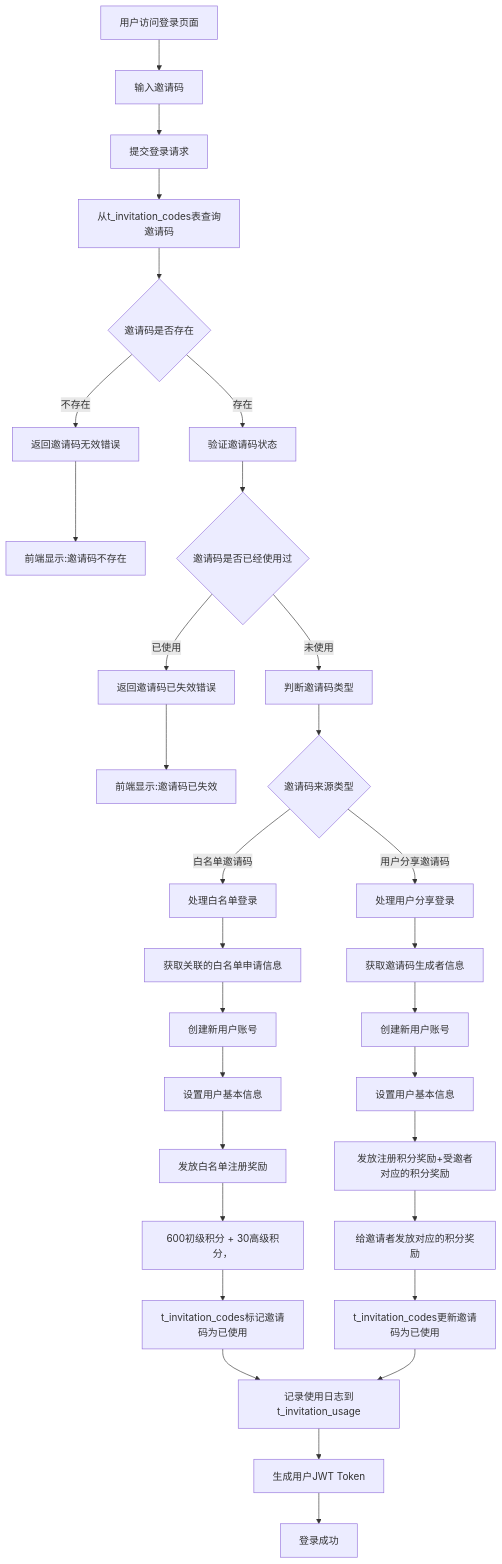
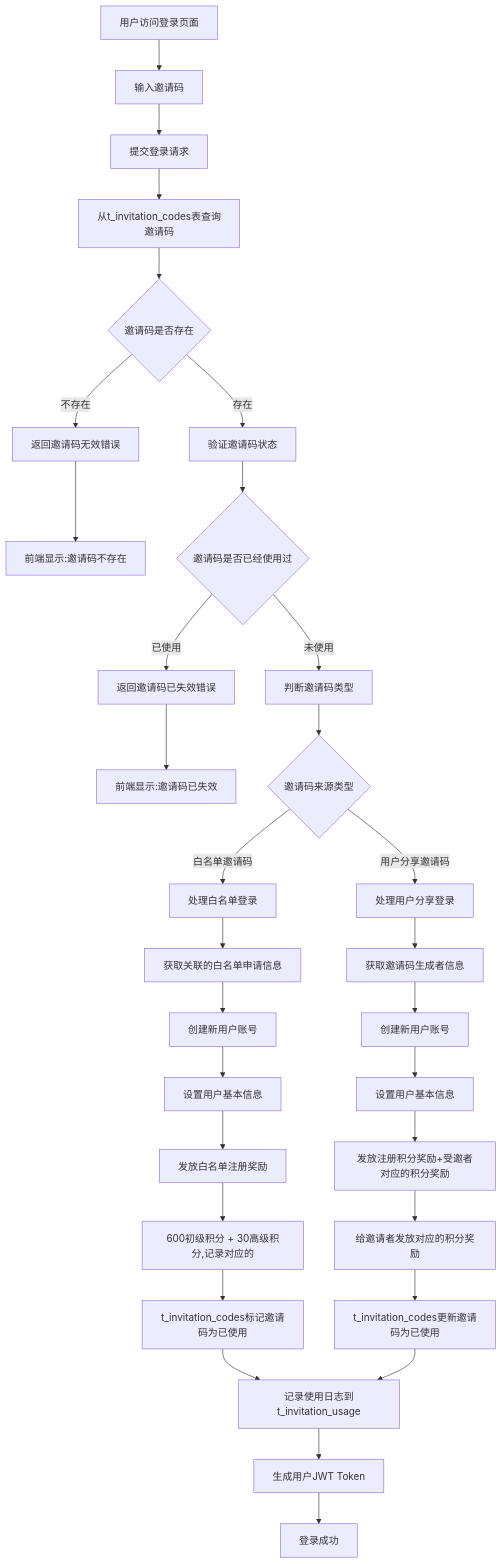
One commit to yingjianzh/iodraw-files changed the diagram in all/未命名-74.md. Above: the diagram before and after it, drawn with Mermaid.

Commit message:
2025-07-07 14:02:11 update

````diff
--- a/all/未命名-74.md
+++ b/all/未命名-74.md
@@ -1,40 +1,40 @@
 ```mermaid
 
 flowchart TD
     A[用户访问登录页面] --> B[输入邀请码]
     B --> E[提交登录请求]
     E --> H[从t_invitation_codes表查询邀请码]
     H --> I{邀请码是否存在}
     I -->|不存在| J[返回邀请码无效错误]
     J --> K[前端显示:邀请码不存在]
     
     I -->|存在| L[验证邀请码状态]
     L --> M{邀请码是否已经使用过}
     M -->|已使用| N[返回邀请码已失效错误]
     N --> O[前端显示:邀请码已失效]
     
     M -->|未使用| X[判断邀请码类型]
     X --> Y{邀请码来源类型}
     
     Y -->|白名单邀请码| Z[处理白名单登录]
     Z --> Z1[获取关联的白名单申请信息]
     Z1 --> Z2[创建新用户账号]
     Z2 --> Z3[设置用户基本信息]
     Z3 --> Z4[发放白名单注册奖励]
-    Z4 --> Z5[600初级积分 + 30高级积分，]
+    Z4 --> Z5[600初级积分 + 30高级积分,记录对应的]
     Z5 --> Z6[t_invitation_codes标记邀请码为已使用]
     Z6 --> AA[记录使用日志到t_invitation_usage]
     
     Y -->|用户分享邀请码| BB[处理用户分享登录]
     BB --> BB1[获取邀请码生成者信息]
     BB1 --> BB2[创建新用户账号]
     BB2 --> BB3[设置用户基本信息]
     BB3 --> BB4[发放注册积分奖励+受邀者对应的积分奖励]
     BB4 --> BB5[给邀请者发放对应的积分奖励]
     BB5 --> BB6[t_invitation_codes更新邀请码为已使用]
     BB6 --> AA
     
     AA --> CC[生成用户JWT Token]
     CC --> DD[登录成功]  
 
 ```
````
